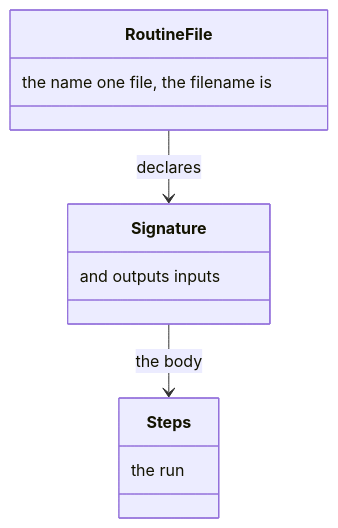
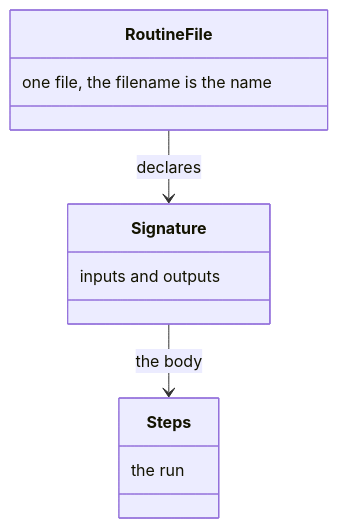
Before and after one commit to m2ux/workflow-server: the second of 8 diagrams in docs/routine.md, drawn with Mermaid. The commit also changed other lines of this file and 10 other files, not shown here.

Commit message:
Write each class-box note in reading order so the diagram shows the phrase as written.

````diff
--- a/docs/routine.md
+++ b/docs/routine.md
@@ -22,14 +22,14 @@
 ```mermaid
 classDiagram
   class RoutineFile {
-    the name one file, the filename is
+    one file, the filename is the name
   }
   class Signature {
-    and outputs inputs
+    inputs and outputs
   }
   class Steps {
     the run
   }
   RoutineFile --> Signature : declares
   Signature --> Steps : the body
 ```
````
